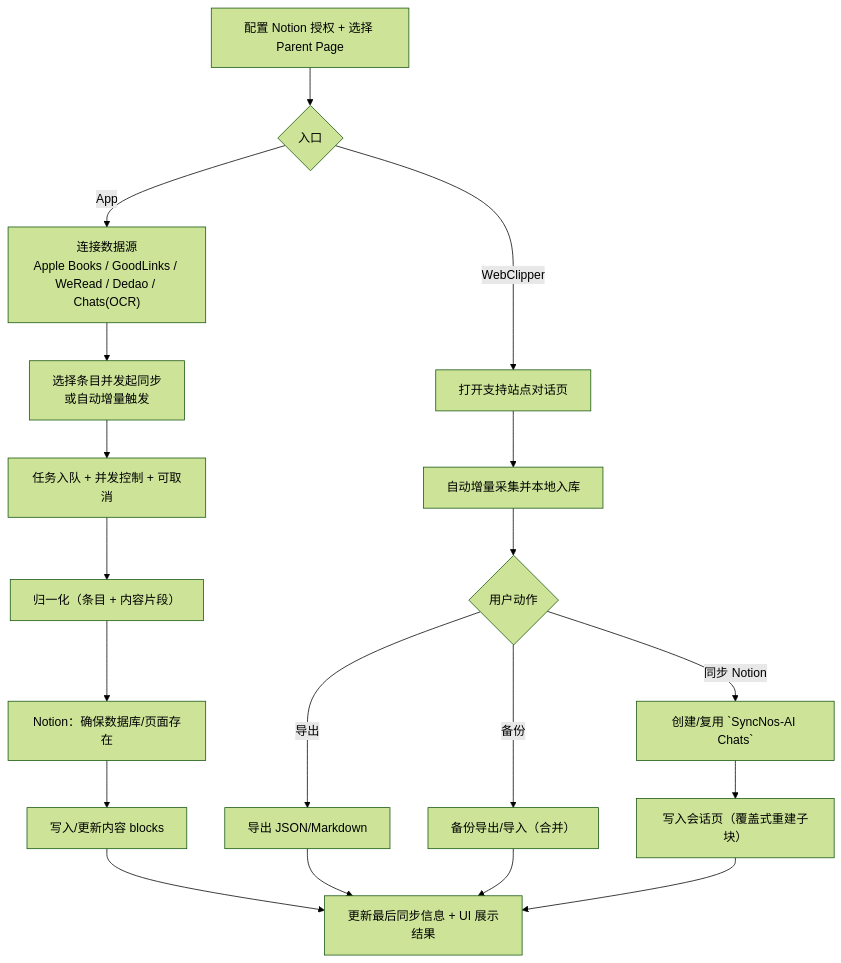
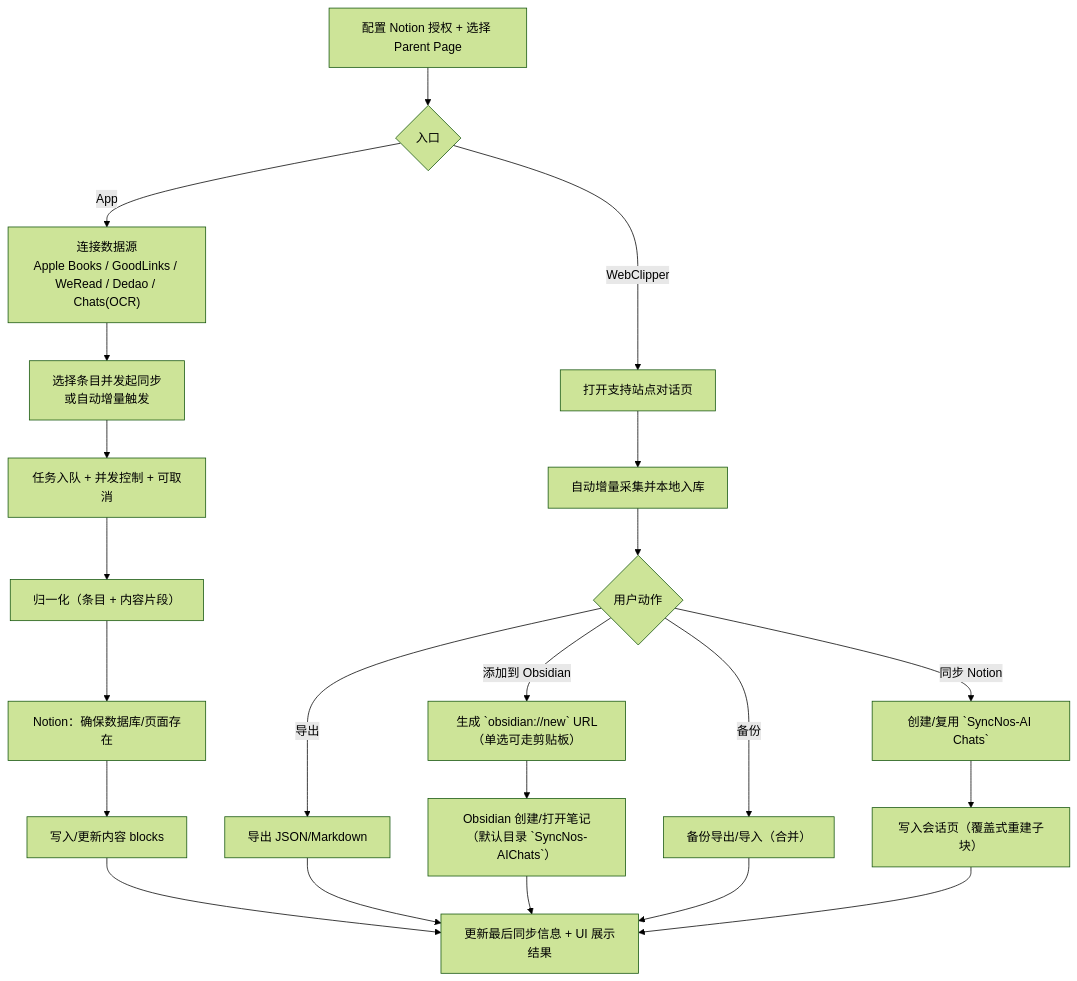
The diagram in .github/docs/business-logic.md (chiimagnus/SyncNos), drawn with Mermaid (forest theme) before and after one commit. The commit also changed other lines of this file and 5 other files, not shown here.

````diff
--- a/.github/docs/business-logic.md
+++ b/.github/docs/business-logic.md
@@ -130,23 +131,26 @@
 ```mermaid
 flowchart TD
     A["配置 Notion 授权 + 选择 Parent Page"] --> B{入口}
 
     B -->|App| C["连接数据源<br/>Apple Books / GoodLinks / WeRead / Dedao / Chats(OCR)"]
     C --> D["选择条目并发起同步<br/>或自动增量触发"]
     D --> E["任务入队 + 并发控制 + 可取消"]
     E --> F["归一化（条目 + 内容片段）"]
     F --> G["Notion：确保数据库/页面存在"]
     G --> H["写入/更新内容 blocks"]
     H --> I["更新最后同步信息 + UI 展示结果"]
 
     B -->|WebClipper| W1["打开支持站点对话页"]
     W1 --> W2["自动增量采集并本地入库"]
     W2 --> W3{用户动作}
     W3 -->|导出| W4["导出 JSON/Markdown"]
+    W3 -->|添加到 Obsidian| W8["生成 `obsidian://new` URL（单选可走剪贴板）"]
     W3 -->|备份| W5["备份导出/导入（合并）"]
     W3 -->|同步 Notion| W6["创建/复用 `SyncNos-AI Chats`"]
+    W8 --> W9["Obsidian 创建/打开笔记（默认目录 `SyncNos-AIChats`）"]
     W6 --> W7["写入会话页（覆盖式重建子块）"]
     W4 --> I
+    W9 --> I
     W5 --> I
     W7 --> I
 ```
````
